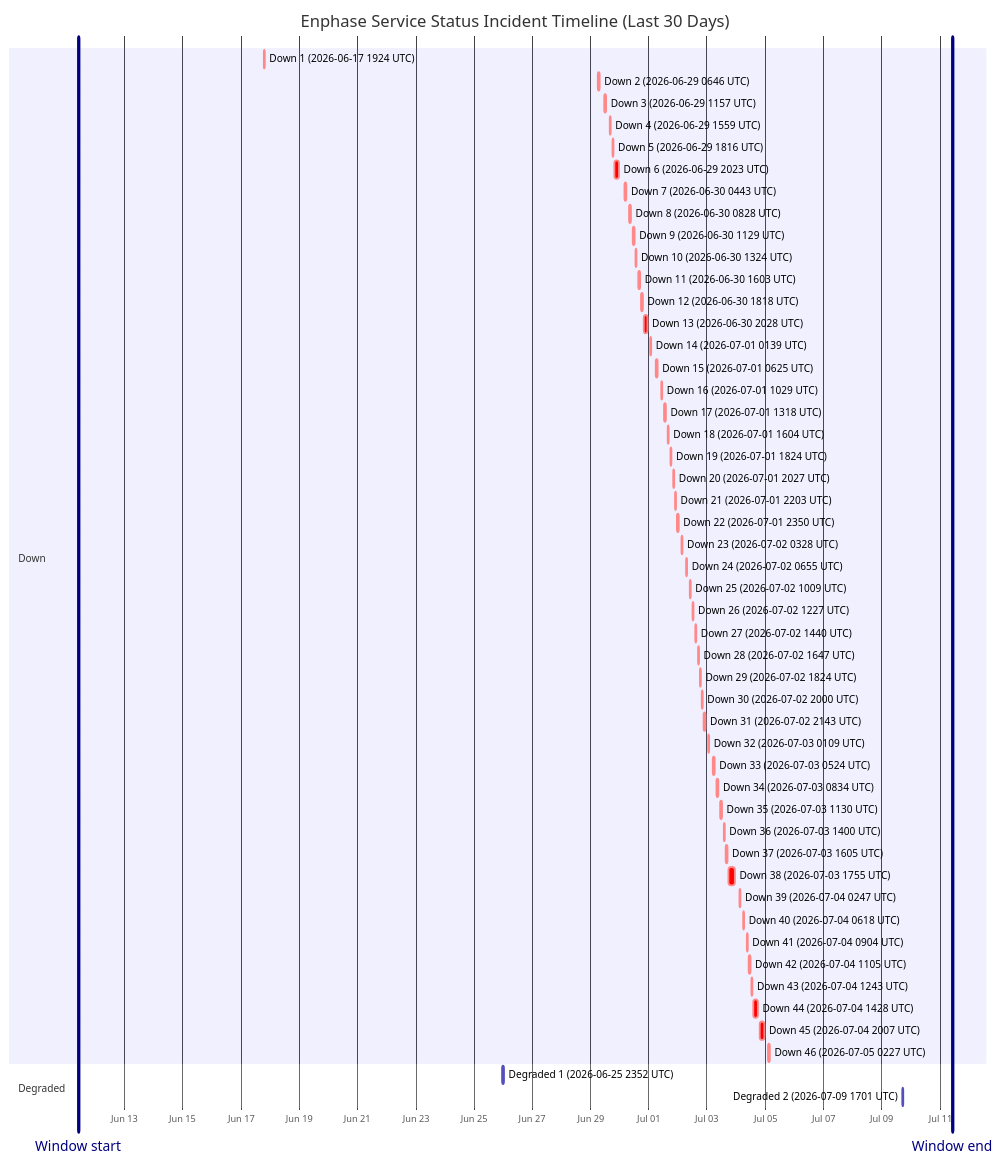
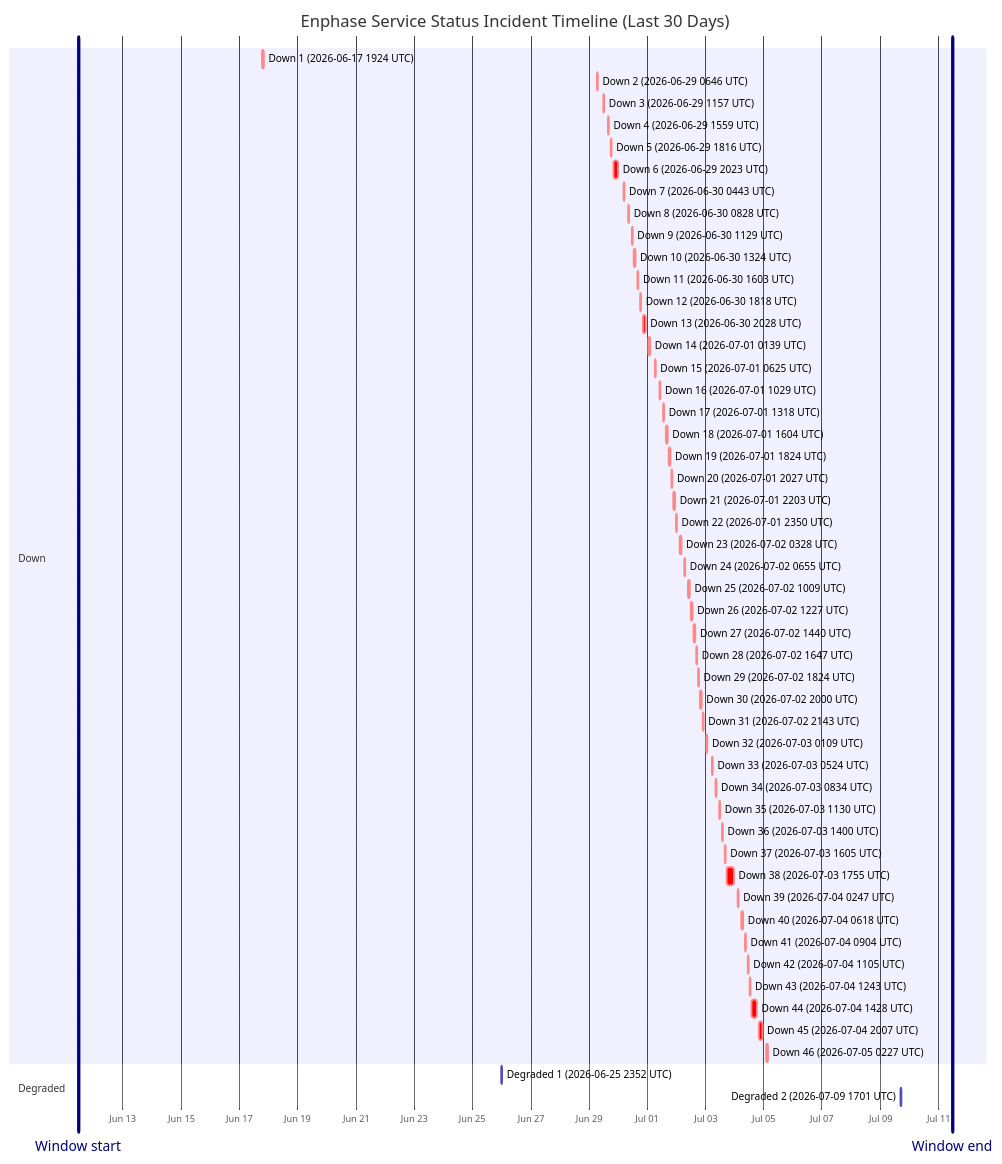
Before and after one commit to barneyonline/ha-enphase-energy: the diagram in wiki/Service-Status-History.md, drawn with Mermaid. The commit also changed other lines of this file and 3 other files, not shown here.

````diff
--- a/wiki/Service-Status-History.md
+++ b/wiki/Service-Status-History.md
@@ -14,58 +14,58 @@
 ```mermaid
 gantt
     title Enphase Service Status Incident Timeline (Last 30 Days)
     dateFormat  YYYY-MM-DDTHH:mm:ss
     axisFormat  %b %d
-    Window start :vert, window-start, 2026-06-11T10:13:05, 0ms
-    Window end :vert, window-end, 2026-07-11T10:13:05, 0ms
+    Window start :vert, window-start, 2026-06-11T11:29:06, 0ms
+    Window end :vert, window-end, 2026-07-11T11:29:06, 0ms
     section Down
     Down 1 (2026-06-17 1924 UTC) :crit, down-1, 2026-06-17T19:24:51, 60m
     Down 2 (2026-06-29 0646 UTC) :crit, down-2, 2026-06-29T06:46:18, 60m
     Down 3 (2026-06-29 1157 UTC) :crit, down-3, 2026-06-29T11:57:36, 60m
     Down 4 (2026-06-29 1559 UTC) :crit, down-4, 2026-06-29T15:59:02, 60m
     Down 5 (2026-06-29 1816 UTC) :crit, down-5, 2026-06-29T18:16:38, 60m
     Down 6 (2026-06-29 2023 UTC) :crit, down-6, 2026-06-29T20:23:16, 220m
     Down 7 (2026-06-30 0443 UTC) :crit, down-7, 2026-06-30T04:43:54, 60m
     Down 8 (2026-06-30 0828 UTC) :crit, down-8, 2026-06-30T08:28:43, 60m
     Down 9 (2026-06-30 1129 UTC) :crit, down-9, 2026-06-30T11:29:15, 60m
     Down 10 (2026-06-30 1324 UTC) :crit, down-10, 2026-06-30T13:24:25, 60m
     Down 11 (2026-06-30 1603 UTC) :crit, down-11, 2026-06-30T16:03:26, 60m
     Down 12 (2026-06-30 1818 UTC) :crit, down-12, 2026-06-30T18:18:39, 60m
     Down 13 (2026-06-30 2028 UTC) :crit, down-13, 2026-06-30T20:28:54, 171m
     Down 14 (2026-07-01 0139 UTC) :crit, down-14, 2026-07-01T01:39:18, 60m
     Down 15 (2026-07-01 0625 UTC) :crit, down-15, 2026-07-01T06:25:35, 60m
     Down 16 (2026-07-01 1029 UTC) :crit, down-16, 2026-07-01T10:29:24, 60m
     Down 17 (2026-07-01 1318 UTC) :crit, down-17, 2026-07-01T13:18:31, 60m
     Down 18 (2026-07-01 1604 UTC) :crit, down-18, 2026-07-01T16:04:29, 60m
     Down 19 (2026-07-01 1824 UTC) :crit, down-19, 2026-07-01T18:24:21, 60m
     Down 20 (2026-07-01 2027 UTC) :crit, down-20, 2026-07-01T20:27:17, 60m
     Down 21 (2026-07-01 2203 UTC) :crit, down-21, 2026-07-01T22:03:46, 60m
     Down 22 (2026-07-01 2350 UTC) :crit, down-22, 2026-07-01T23:50:52, 60m
     Down 23 (2026-07-02 0328 UTC) :crit, down-23, 2026-07-02T03:28:33, 60m
     Down 24 (2026-07-02 0655 UTC) :crit, down-24, 2026-07-02T06:55:07, 60m
     Down 25 (2026-07-02 1009 UTC) :crit, down-25, 2026-07-02T10:09:15, 60m
     Down 26 (2026-07-02 1227 UTC) :crit, down-26, 2026-07-02T12:27:49, 60m
     Down 27 (2026-07-02 1440 UTC) :crit, down-27, 2026-07-02T14:40:53, 60m
     Down 28 (2026-07-02 1647 UTC) :crit, down-28, 2026-07-02T16:47:47, 60m
     Down 29 (2026-07-02 1824 UTC) :crit, down-29, 2026-07-02T18:24:26, 60m
     Down 30 (2026-07-02 2000 UTC) :crit, down-30, 2026-07-02T20:00:57, 60m
     Down 31 (2026-07-02 2143 UTC) :crit, down-31, 2026-07-02T21:43:52, 80m
     Down 32 (2026-07-03 0109 UTC) :crit, down-32, 2026-07-03T01:09:19, 60m
     Down 33 (2026-07-03 0524 UTC) :crit, down-33, 2026-07-03T05:24:23, 60m
     Down 34 (2026-07-03 0834 UTC) :crit, down-34, 2026-07-03T08:34:05, 60m
     Down 35 (2026-07-03 1130 UTC) :crit, down-35, 2026-07-03T11:30:41, 60m
     Down 36 (2026-07-03 1400 UTC) :crit, down-36, 2026-07-03T14:00:48, 60m
     Down 37 (2026-07-03 1605 UTC) :crit, down-37, 2026-07-03T16:05:49, 60m
     Down 38 (2026-07-03 1755 UTC) :crit, down-38, 2026-07-03T17:55:54, 338m
     Down 39 (2026-07-04 0247 UTC) :crit, down-39, 2026-07-04T02:47:22, 60m
     Down 40 (2026-07-04 0618 UTC) :crit, down-40, 2026-07-04T06:18:09, 60m
     Down 41 (2026-07-04 0904 UTC) :crit, down-41, 2026-07-04T09:04:41, 60m
     Down 42 (2026-07-04 1105 UTC) :crit, down-42, 2026-07-04T11:05:21, 60m
     Down 43 (2026-07-04 1243 UTC) :crit, down-43, 2026-07-04T12:43:25, 60m
     Down 44 (2026-07-04 1428 UTC) :crit, down-44, 2026-07-04T14:28:07, 243m
     Down 45 (2026-07-04 2007 UTC) :crit, down-45, 2026-07-04T20:07:50, 206m
     Down 46 (2026-07-05 0227 UTC) :crit, down-46, 2026-07-05T02:27:32, 109m
     section Degraded
     Degraded 1 (2026-06-25 2352 UTC) :active, degraded-1, 2026-06-25T23:52:01, 60m
     Degraded 2 (2026-07-09 1701 UTC) :active, degraded-2, 2026-07-09T17:01:02, 60m
 ```
````
